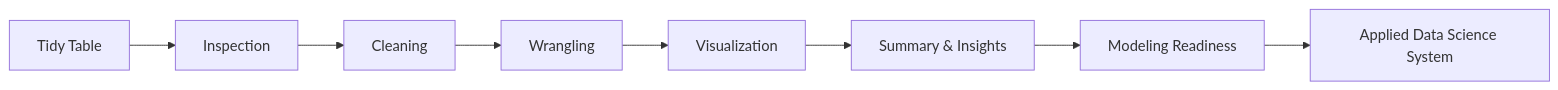
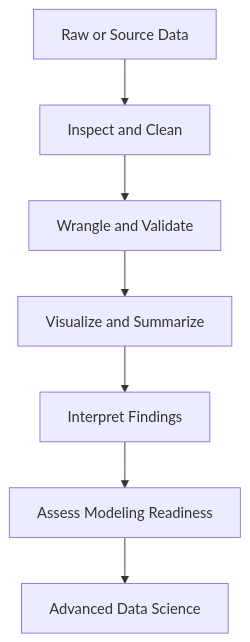
One commit to tmbuza/data-science-foundations changed the first of 3 diagrams in 07-from-analysis-to-ml.qmd. Above: the diagram before and after it, drawn with Mermaid. The commit also changed other lines of this file and 27 other files, not shown here.

Commit message:
Finalize Data Science Foundations guide

````diff
--- a/07-from-analysis-to-ml.qmd
+++ b/07-from-analysis-to-ml.qmd
@@ -90,10 +90,9 @@
 ```{mermaid}
-flowchart LR
-    A[Tidy Table] --> B[Inspection]
-    B --> C[Cleaning]
-    C --> D[Wrangling]
-    D --> E[Visualization]
-    E --> F[Summary & Insights]
-    F --> G[Modeling Readiness]
-    G --> H[Applied Data Science System]
+flowchart TD
+    A[Raw or Source Data] --> B[Inspect and Clean]
+    B --> C[Wrangle and Validate]
+    C --> D[Visualize and Summarize]
+    D --> E[Interpret Findings]
+    E --> F[Assess Modeling Readiness]
+    F --> G[Advanced Data Science]
 ```
````
